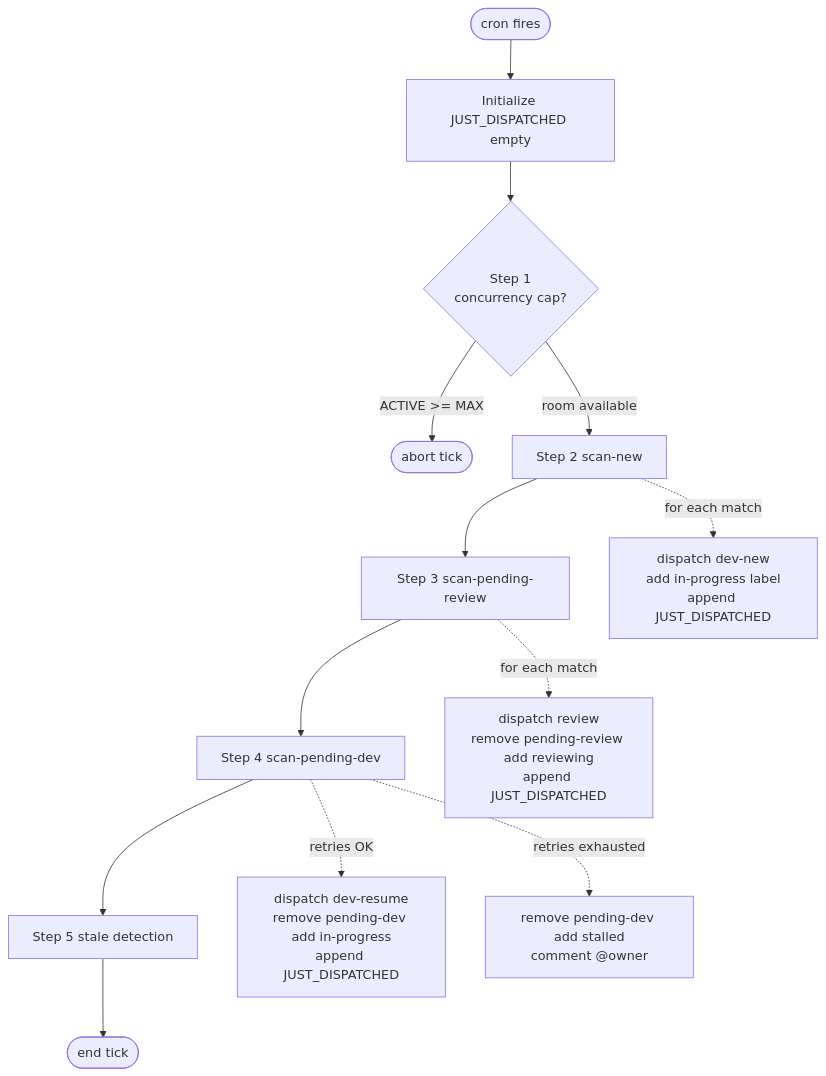
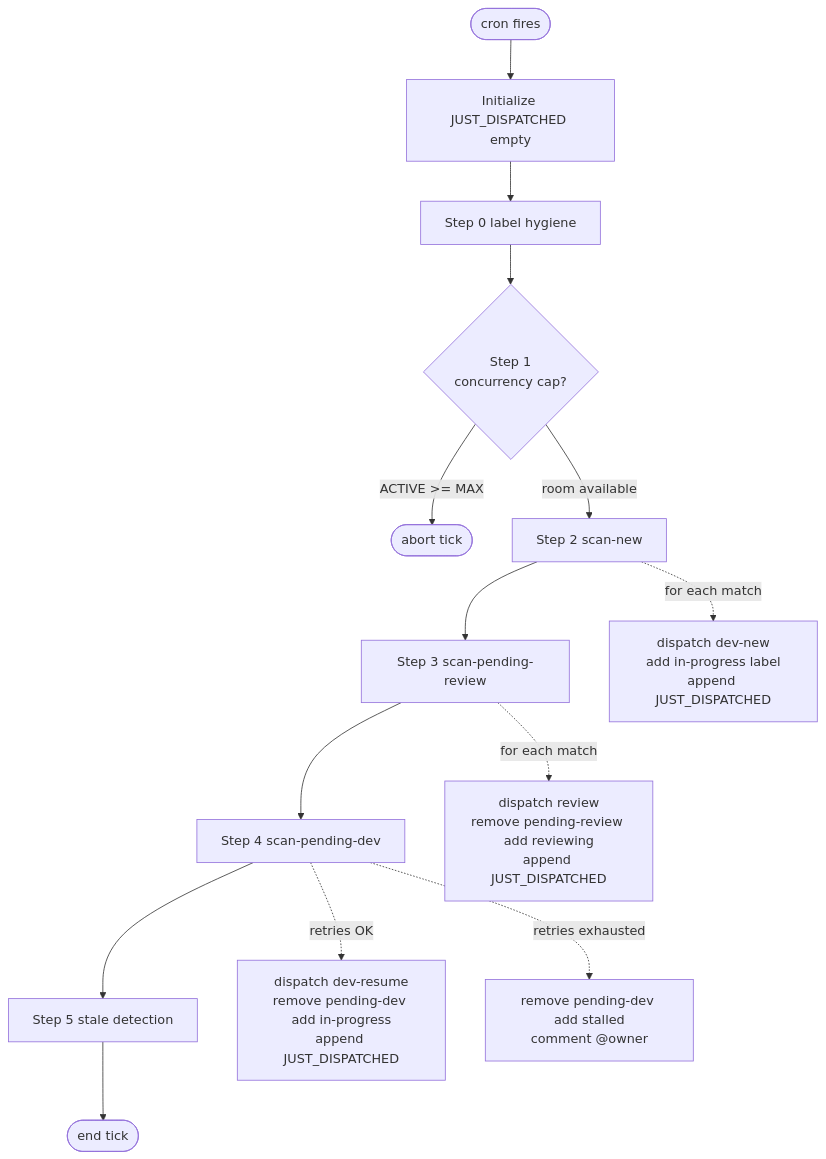
One commit to zxkane/autonomous-dev-team changed the diagram in docs/pipeline/dispatcher-flow.md. Above: the diagram before and after it, drawn with Mermaid. The commit also changed other lines of this file and 9 other files, not shown here.

First line of the commit message:
feat(dispatcher): Step 0 label hygiene + INV-25 (#115 Bug B)

````diff
--- a/docs/pipeline/dispatcher-flow.md
+++ b/docs/pipeline/dispatcher-flow.md
@@ -43,16 +43,17 @@
 ```mermaid
 flowchart TD
     start([cron fires]) --> init[Initialize JUST_DISPATCHED empty]
-    init --> step1{Step 1<br/>concurrency cap?}
+    init --> step0[Step 0 label hygiene]
+    step0 --> step1{Step 1<br/>concurrency cap?}
     step1 -- ACTIVE >= MAX --> exit_cap([abort tick])
     step1 -- room available --> step2[Step 2 scan-new]
     step2 --> step3[Step 3 scan-pending-review]
     step3 --> step4[Step 4 scan-pending-dev]
     step4 --> step5[Step 5 stale detection]
     step5 --> done([end tick])
 
     step2 -. for each match .-> dispatch_dev[dispatch dev-new<br/>add in-progress label<br/>append JUST_DISPATCHED]
     step3 -. for each match .-> dispatch_review[dispatch review<br/>remove pending-review add reviewing<br/>append JUST_DISPATCHED]
     step4 -. retries OK .-> dispatch_resume[dispatch dev-resume<br/>remove pending-dev add in-progress<br/>append JUST_DISPATCHED]
     step4 -. retries exhausted .-> stall[remove pending-dev add stalled<br/>comment @owner]
 ```
````
